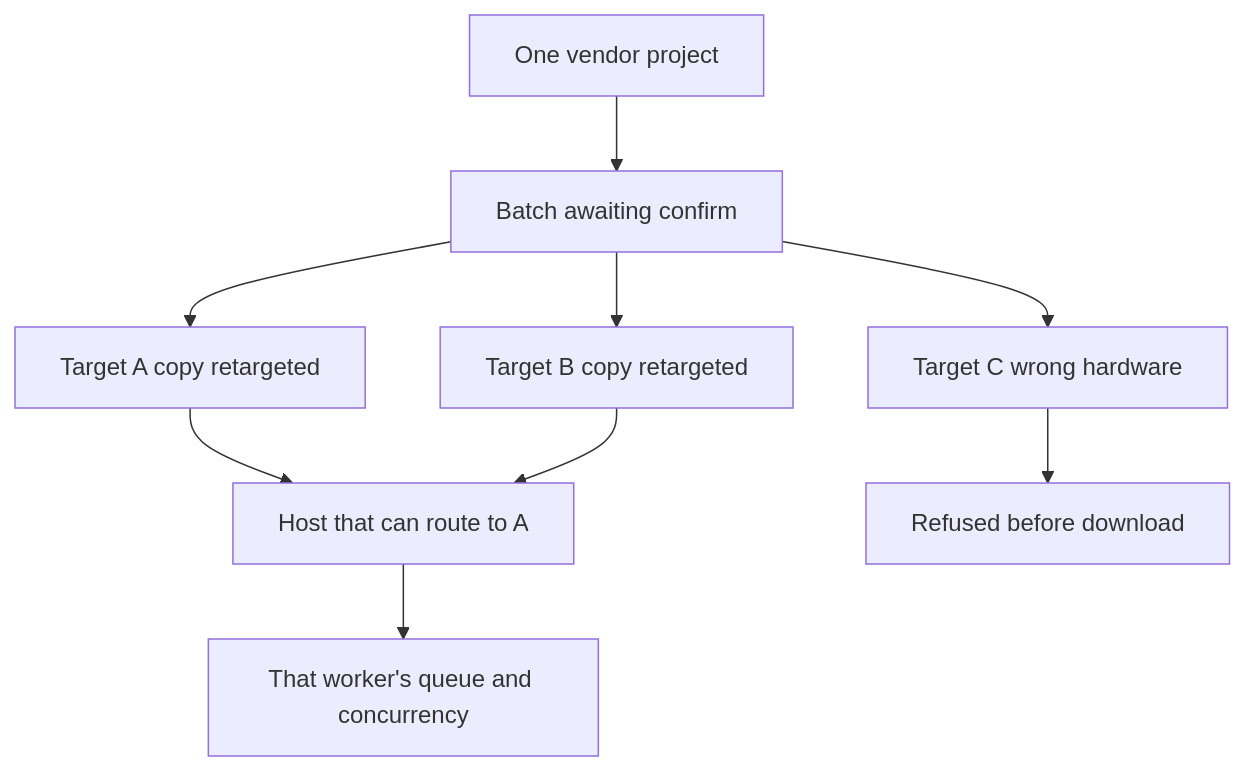
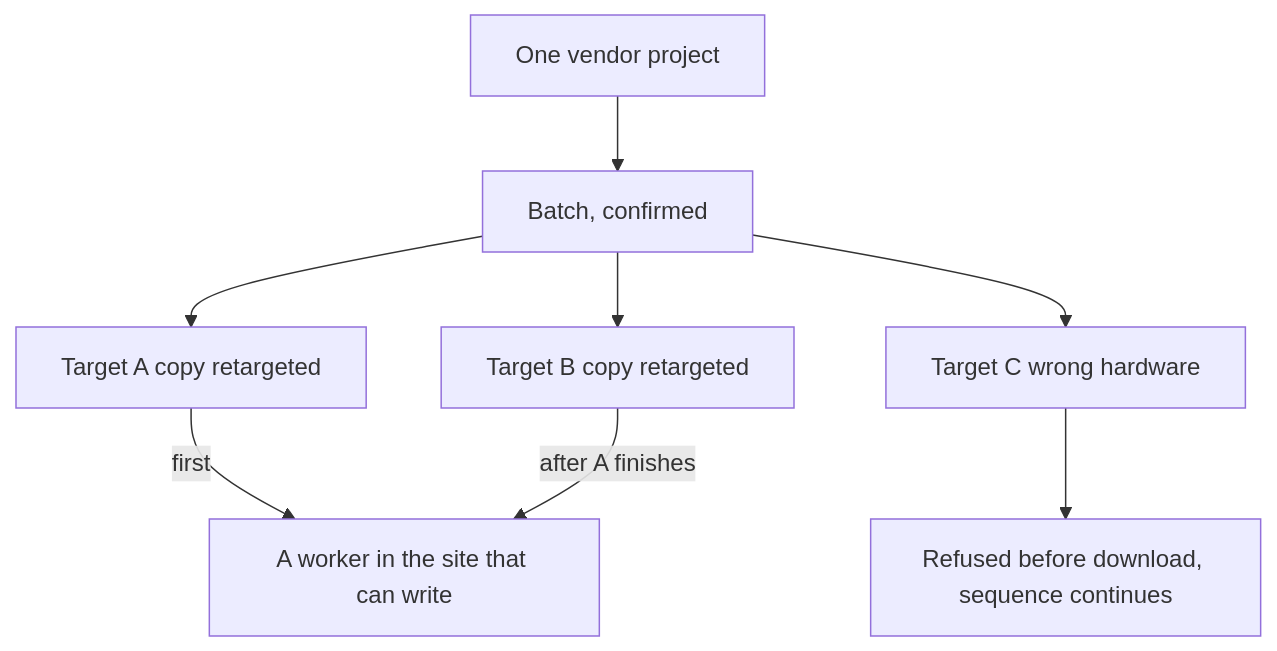
Before and after one commit to Jhonatan-fluid/Versio-VersionControlSystem: the fifth of 6 diagrams in docs/outpost/PLAN.md, drawn with Mermaid. The commit also changed other lines of this file and 2 other files, not shown here.

````diff
--- a/docs/outpost/PLAN.md
+++ b/docs/outpost/PLAN.md
@@ -353,11 +608,10 @@
 ```mermaid
 flowchart TB
-  file[One vendor project] --> batch[Batch awaiting confirm]
+  file[One vendor project] --> batch[Batch, confirmed]
   batch --> t1[Target A copy retargeted]
   batch --> t2[Target B copy retargeted]
   batch --> t3[Target C wrong hardware]
-  t1 --> h1[Host that can route to A]
-  t2 --> h1
-  t3 --> refuse[Refused before download]
-  h1 --> q[That worker's queue and concurrency]
+  t1 -->|first| h1[A worker in the site that can write]
+  t2 -->|after A finishes| h1
+  t3 --> refuse[Refused before download, sequence continues]
 ```
````
